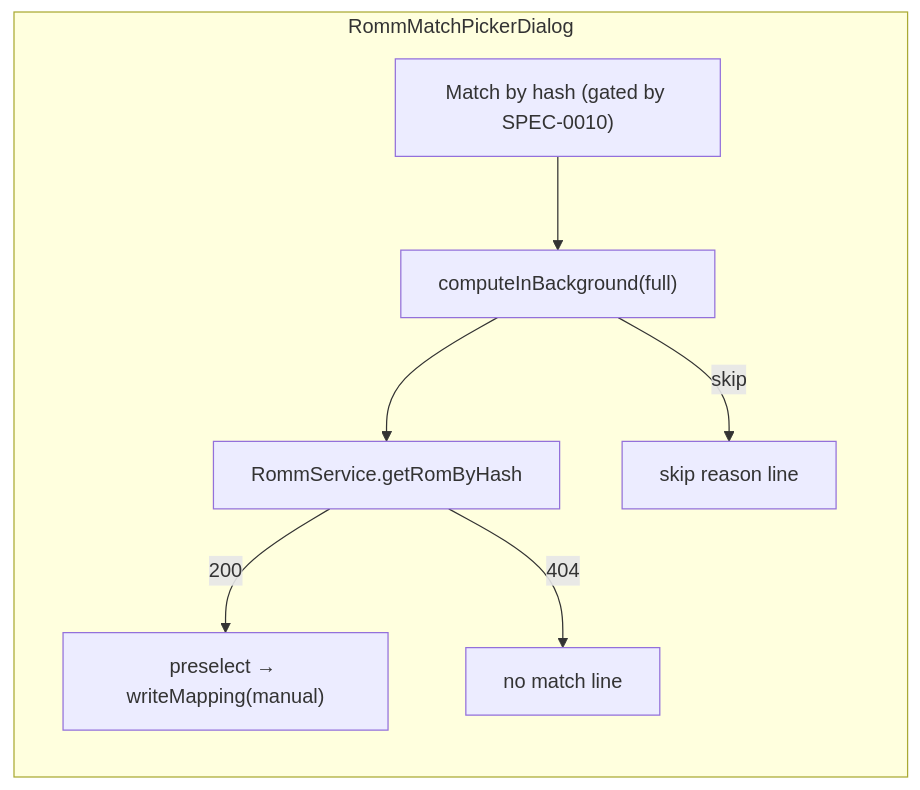
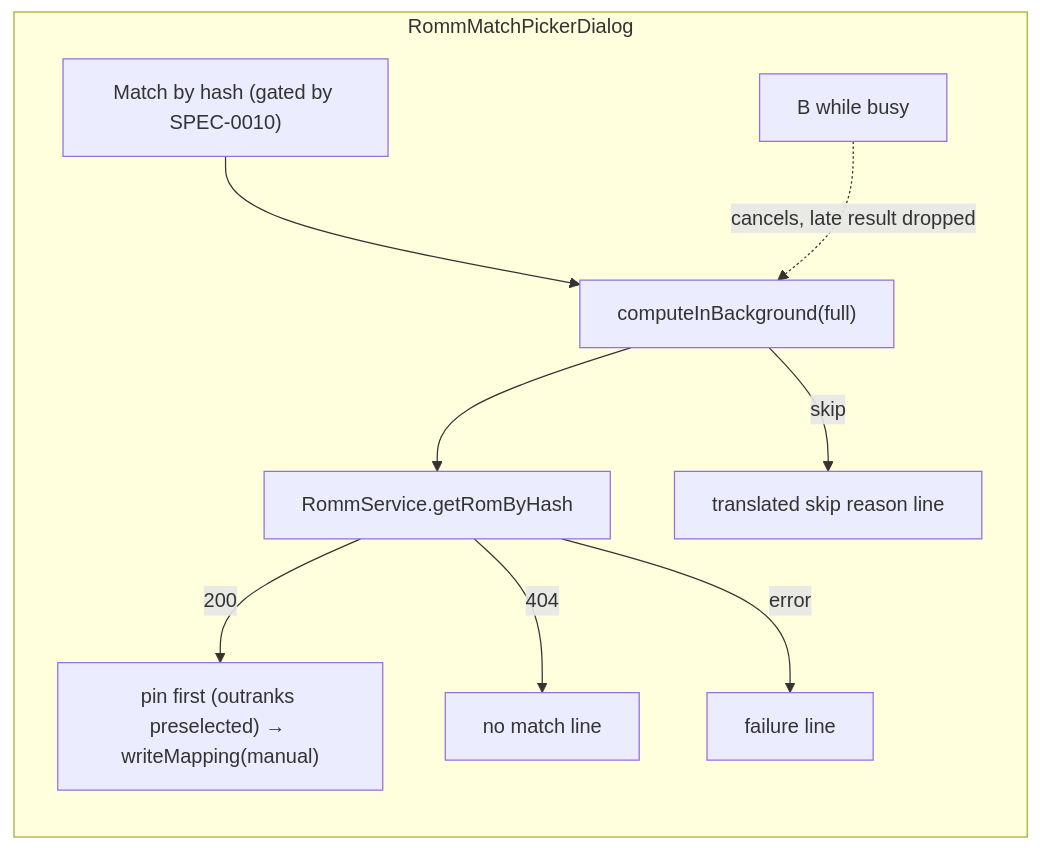
Before and after one commit to jonstump/neostation-frontend: the second of 2 diagrams in sdd/specs/romm-hash-linking/design.md, drawn with Mermaid. The commit also changed other lines of this file and 3 other files, not shown here.

````diff
--- a/sdd/specs/romm-hash-linking/design.md
+++ b/sdd/specs/romm-hash-linking/design.md
@@ -87,10 +102,12 @@
 ```mermaid
 flowchart LR
     subgraph picker["RommMatchPickerDialog"]
         B["Match by hash (gated by SPEC-0010)"] --> FP["computeInBackground(full)"]
         FP --> Q["RommService.getRomByHash"]
-        Q -- 200 --> P["preselect → writeMapping(manual)"]
+        Q -- 200 --> P["pin first (outranks preselected) → writeMapping(manual)"]
         Q -- 404 --> N["no match line"]
-        FP -- skip --> K["skip reason line"]
+        FP -- skip --> K["translated skip reason line"]
+        Q -- error --> E["failure line"]
+        X["B while busy"] -. cancels, late result dropped .-> FP
     end
 ```
````
